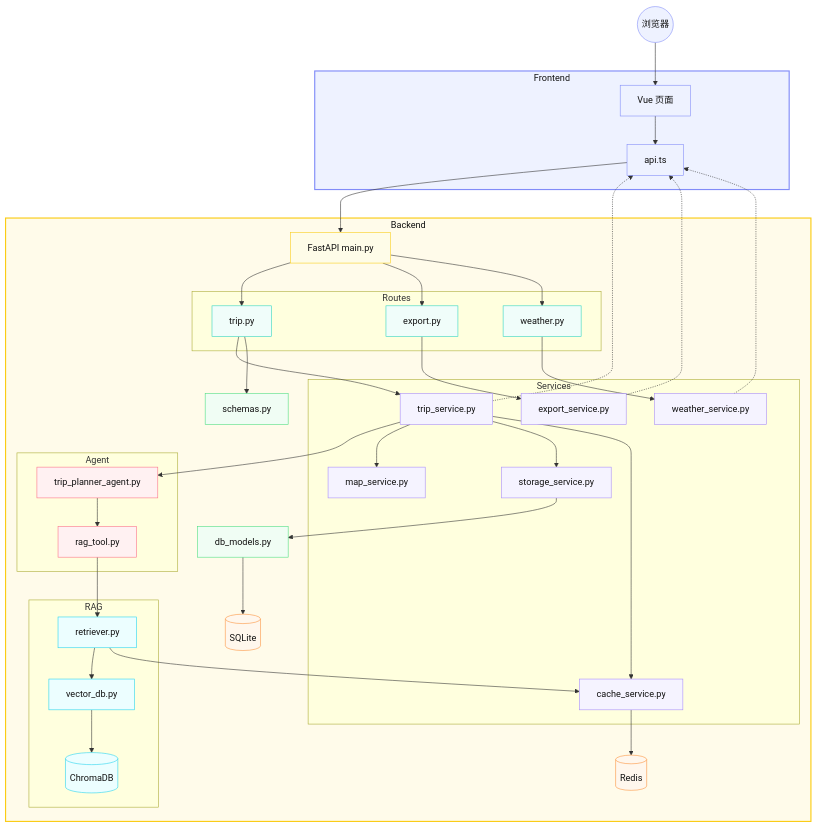
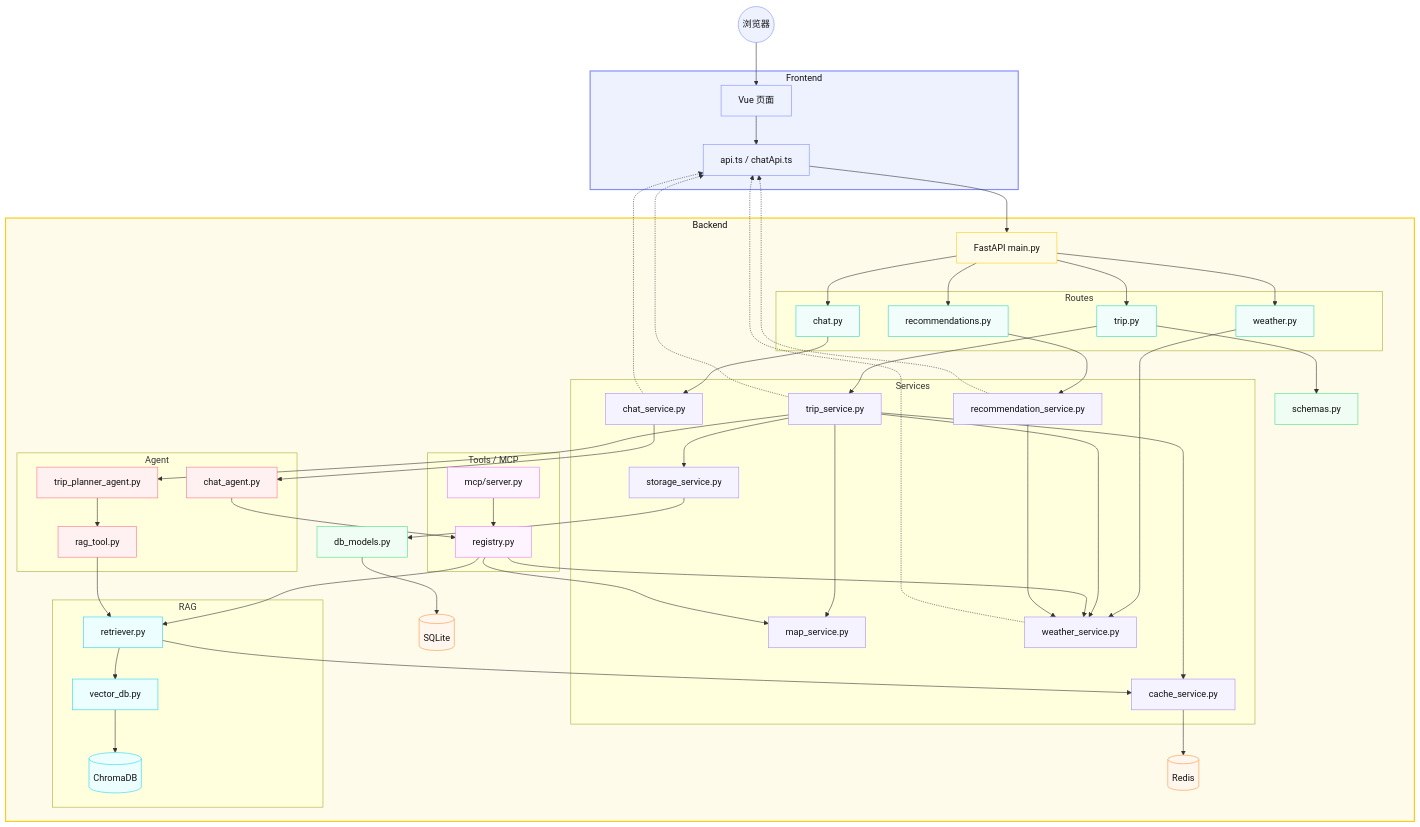
Before and after one commit to Tonywonderful/AI-Agent-Travel-Assistant: the first of 3 diagrams in README.md, drawn with Mermaid. The commit also changed other lines of this file and 18 other files, not shown here.

First line of the commit message:
feat: refresh trip UI, client cache, and project docs

```diff
--- a/README.md
+++ b/README.md
@@ -77,7 +74,7 @@
     %% ------- Frontend -------
     subgraph Frontend["Frontend"]
         Vue["Vue 页面"]
-        Api["api.ts"]
+        Api["api.ts / chatApi.ts"]
     end
     class Frontend frontendBg;
 
@@ -87,22 +84,30 @@
 
         subgraph Routes["Routes"]
             Trip["trip.py"]
-            Export["export.py"]
             Weather["weather.py"]
+            Chat["chat.py"]
+            Recs["recommendations.py"]
         end
 
         subgraph Services["Services"]
             TripSvc["trip_service.py"]
+            ChatSvc["chat_service.py"]
+            RecSvc["recommendation_service.py"]
             MapSvc["map_service.py"]
             WeatherSvc["weather_service.py"]
-            ExportSvc["export_service.py"]
             StorageSvc["storage_service.py"]
             CacheSvc["cache_service.py"]
         end
 
         subgraph Agent["Agent"]
             Planner["trip_planner_agent.py"]
+            ChatAgent["chat_agent.py"]
             RagTool["rag_tool.py"]
+        end
+
+        subgraph Tools["Tools / MCP"]
+            Registry["registry.py"]
+            McpSrv["mcp/server.py"]
         end
 
         subgraph RAG["RAG"]
@@ -122,18 +127,30 @@
     Client --> Vue --> Api --> Main
 
     Main --> Trip
-    Main --> Export
     Main --> Weather
+    Main --> Chat
+    Main --> Recs
 
     Trip --> TripSvc
     Trip --> Schemas
     Weather --> WeatherSvc
-    Export --> ExportSvc
+    Chat --> ChatSvc
+    Recs --> RecSvc
 
     TripSvc --> Planner
     TripSvc --> MapSvc
+    TripSvc --> WeatherSvc
     TripSvc --> StorageSvc
     TripSvc --> CacheSvc
+
+    ChatSvc --> ChatAgent
+    ChatAgent --> Registry
+    Registry --> MapSvc
+    Registry --> WeatherSvc
+    Registry --> Retriever
+    McpSrv --> Registry
+
+    RecSvc --> WeatherSvc
 
     Planner --> RagTool
     RagTool --> Retriever
@@ -148,7 +165,8 @@
     %% ------- 返回路径（虚线） -------
     TripSvc -.-> Api
     WeatherSvc -.-> Api
-    ExportSvc -.-> Api
+    ChatSvc -.-> Api
+    RecSvc -.-> Api
 
     %% ------- Colors -------
     classDef frontend fill:#eef2ff,stroke:#818cf8,color:#111;
@@ -156,20 +174,20 @@
     classDef routes fill:#f0fdfa,stroke:#2dd4bf,color:#111;
     classDef services fill:#f5f3ff,stroke:#a78bfa,color:#111;
     classDef agent fill:#fff1f2,stroke:#fb7185,color:#111;
+    classDef tools fill:#fdf4ff,stroke:#e879f9,color:#111;
     classDef rag fill:#ecfeff,stroke:#22d3ee,color:#111;
     classDef data fill:#f0fdf4,stroke:#4ade80,color:#111;
     classDef storage fill:#fff7ed,stroke:#fb923c,color:#111;
 
-    %% 背景框颜色（Frontend、Backend）
     classDef frontendBg fill:#eef2ff,stroke:#818cf8,stroke-width:2px,color:#111;
     classDef backendBg fill:#fffbea,stroke:#facc15,stroke-width:2px,color:#111;
 
-    %% ------- Assign Colors -------
     class Client,Vue,Api frontend;
     class Main backend;
-    class Trip,Export,Weather routes;
-    class TripSvc,MapSvc,WeatherSvc,ExportSvc,StorageSvc,CacheSvc services;
-    class Planner,RagTool agent;
+    class Trip,Weather,Chat,Recs routes;
+    class TripSvc,ChatSvc,RecSvc,MapSvc,WeatherSvc,StorageSvc,CacheSvc services;
+    class Planner,ChatAgent,RagTool agent;
+    class Registry,McpSrv tools;
     class Retriever,VectorDB,ChromaDB rag;
     class Schemas,DBModels data;
     class Redis,SQLite storage;
```
